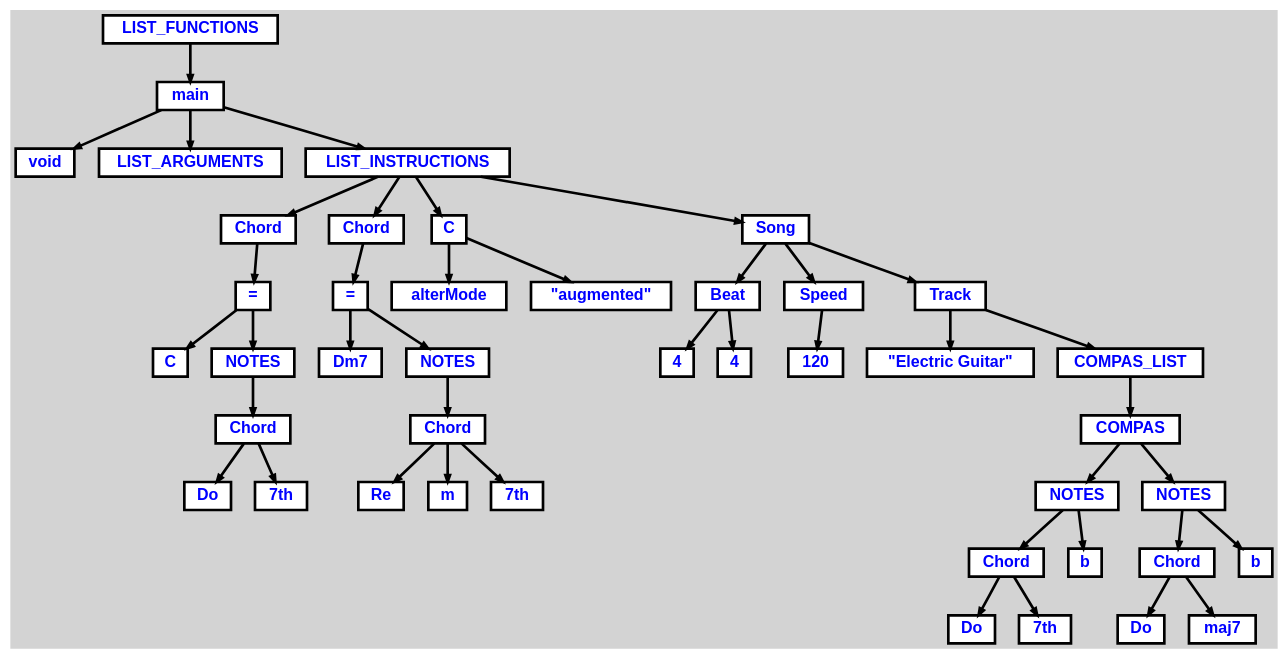
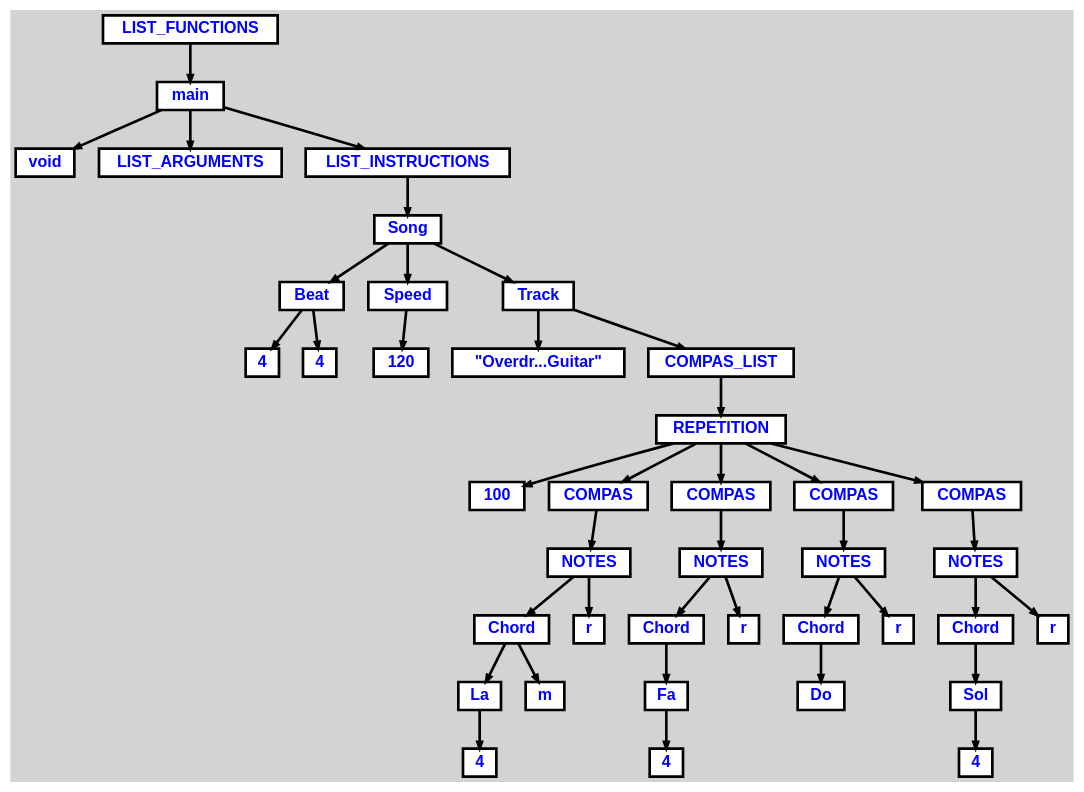
One commit to mariofv/A-Music-Language changed the diagram in tree.dot. Above: the diagram before and after it, drawn with Graphviz. The commit also changed 6 other files, not shown here.

```diff
--- a/tree.dot
+++ b/tree.dot
@@ -1,117 +1,113 @@
 digraph {
 
 	ordering=out;
 	ranksep=.4;
 	bgcolor="lightgrey"; node [shape=box, fixedsize=false, fontsize=12, fontname="Helvetica-bold", fontcolor="blue"
 		width=.25, height=.25, color="black", fillcolor="white", style="filled, solid, bold"];
 	edge [arrowsize=.5, color="black", style="bold"]
 
   n0 [label="LIST_FUNCTIONS"];
   n1 [label="main"];
   n1 [label="main"];
   n2 [label="void"];
   n3 [label="LIST_ARGUMENTS"];
   n4 [label="LIST_INSTRUCTIONS"];
   n4 [label="LIST_INSTRUCTIONS"];
-  n5 [label="Chord"];
-  n5 [label="Chord"];
-  n6 [label="="];
-  n6 [label="="];
-  n7 [label="C"];
-  n8 [label="NOTES"];
-  n8 [label="NOTES"];
-  n9 [label="Chord"];
-  n9 [label="Chord"];
-  n10 [label="Do"];
-  n11 [label="7th"];
-  n12 [label="Chord"];
-  n12 [label="Chord"];
-  n13 [label="="];
-  n13 [label="="];
-  n14 [label="Dm7"];
-  n15 [label="NOTES"];
-  n15 [label="NOTES"];
-  n16 [label="Chord"];
-  n16 [label="Chord"];
-  n17 [label="Re"];
-  n18 [label="m"];
-  n19 [label="7th"];
-  n20 [label="C"];
-  n20 [label="C"];
-  n21 [label="alterMode"];
-  n22 [label="\"augmented\""];
-  n23 [label="Song"];
-  n23 [label="Song"];
-  n24 [label="Beat"];
-  n24 [label="Beat"];
-  n25 [label="4"];
-  n26 [label="4"];
-  n27 [label="Speed"];
-  n27 [label="Speed"];
-  n28 [label="120"];
-  n29 [label="Track"];
-  n29 [label="Track"];
-  n30 [label="\"Electric Guitar\""];
-  n31 [label="COMPAS_LIST"];
-  n31 [label="COMPAS_LIST"];
-  n32 [label="COMPAS"];
-  n32 [label="COMPAS"];
-  n33 [label="NOTES"];
-  n33 [label="NOTES"];
-  n34 [label="Chord"];
-  n34 [label="Chord"];
-  n35 [label="Do"];
-  n36 [label="7th"];
-  n37 [label="b"];
-  n38 [label="NOTES"];
-  n38 [label="NOTES"];
-  n39 [label="Chord"];
-  n39 [label="Chord"];
-  n40 [label="Do"];
-  n41 [label="maj7"];
-  n42 [label="b"];
+  n5 [label="Song"];
+  n5 [label="Song"];
+  n6 [label="Beat"];
+  n6 [label="Beat"];
+  n7 [label="4"];
+  n8 [label="4"];
+  n9 [label="Speed"];
+  n9 [label="Speed"];
+  n10 [label="120"];
+  n11 [label="Track"];
+  n11 [label="Track"];
+  n12 [label="\"Overdr...Guitar\""];
+  n13 [label="COMPAS_LIST"];
+  n13 [label="COMPAS_LIST"];
+  n14 [label="REPETITION"];
+  n14 [label="REPETITION"];
+  n15 [label="100"];
+  n16 [label="COMPAS"];
+  n16 [label="COMPAS"];
+  n17 [label="NOTES"];
+  n17 [label="NOTES"];
+  n18 [label="Chord"];
+  n18 [label="Chord"];
+  n19 [label="La"];
+  n19 [label="La"];
+  n20 [label="4"];
+  n21 [label="m"];
+  n22 [label="r"];
+  n23 [label="COMPAS"];
+  n23 [label="COMPAS"];
+  n24 [label="NOTES"];
+  n24 [label="NOTES"];
+  n25 [label="Chord"];
+  n25 [label="Chord"];
+  n26 [label="Fa"];
+  n26 [label="Fa"];
+  n27 [label="4"];
+  n28 [label="r"];
+  n29 [label="COMPAS"];
+  n29 [label="COMPAS"];
+  n30 [label="NOTES"];
+  n30 [label="NOTES"];
+  n31 [label="Chord"];
+  n31 [label="Chord"];
+  n32 [label="Do"];
+  n33 [label="r"];
+  n34 [label="COMPAS"];
+  n34 [label="COMPAS"];
+  n35 [label="NOTES"];
+  n35 [label="NOTES"];
+  n36 [label="Chord"];
+  n36 [label="Chord"];
+  n37 [label="Sol"];
+  n37 [label="Sol"];
+  n38 [label="4"];
+  n39 [label="r"];
 
   n0 -> n1 // "LIST_FUNCTIONS" -> "main"
   n1 -> n2 // "main" -> "void"
   n1 -> n3 // "main" -> "LIST_ARGUMENTS"
   n1 -> n4 // "main" -> "LIST_INSTRUCTIONS"
-  n4 -> n5 // "LIST_INSTRUCTIONS" -> "Chord"
-  n5 -> n6 // "Chord" -> "="
-  n6 -> n7 // "=" -> "C"
-  n6 -> n8 // "=" -> "NOTES"
-  n8 -> n9 // "NOTES" -> "Chord"
-  n9 -> n10 // "Chord" -> "Do"
-  n9 -> n11 // "Chord" -> "7th"
-  n4 -> n12 // "LIST_INSTRUCTIONS" -> "Chord"
-  n12 -> n13 // "Chord" -> "="
-  n13 -> n14 // "=" -> "Dm7"
-  n13 -> n15 // "=" -> "NOTES"
-  n15 -> n16 // "NOTES" -> "Chord"
-  n16 -> n17 // "Chord" -> "Re"
-  n16 -> n18 // "Chord" -> "m"
-  n16 -> n19 // "Chord" -> "7th"
-  n4 -> n20 // "LIST_INSTRUCTIONS" -> "C"
-  n20 -> n21 // "C" -> "alterMode"
-  n20 -> n22 // "C" -> "\"augmented\""
-  n4 -> n23 // "LIST_INSTRUCTIONS" -> "Song"
-  n23 -> n24 // "Song" -> "Beat"
-  n24 -> n25 // "Beat" -> "4"
-  n24 -> n26 // "Beat" -> "4"
-  n23 -> n27 // "Song" -> "Speed"
-  n27 -> n28 // "Speed" -> "120"
-  n23 -> n29 // "Song" -> "Track"
-  n29 -> n30 // "Track" -> "\"Electric Guitar\""
-  n29 -> n31 // "Track" -> "COMPAS_LIST"
-  n31 -> n32 // "COMPAS_LIST" -> "COMPAS"
-  n32 -> n33 // "COMPAS" -> "NOTES"
-  n33 -> n34 // "NOTES" -> "Chord"
-  n34 -> n35 // "Chord" -> "Do"
-  n34 -> n36 // "Chord" -> "7th"
-  n33 -> n37 // "NOTES" -> "b"
-  n32 -> n38 // "COMPAS" -> "NOTES"
-  n38 -> n39 // "NOTES" -> "Chord"
-  n39 -> n40 // "Chord" -> "Do"
-  n39 -> n41 // "Chord" -> "maj7"
-  n38 -> n42 // "NOTES" -> "b"
+  n4 -> n5 // "LIST_INSTRUCTIONS" -> "Song"
+  n5 -> n6 // "Song" -> "Beat"
+  n6 -> n7 // "Beat" -> "4"
+  n6 -> n8 // "Beat" -> "4"
+  n5 -> n9 // "Song" -> "Speed"
+  n9 -> n10 // "Speed" -> "120"
+  n5 -> n11 // "Song" -> "Track"
+  n11 -> n12 // "Track" -> "\"Overdr...Guitar\""
+  n11 -> n13 // "Track" -> "COMPAS_LIST"
+  n13 -> n14 // "COMPAS_LIST" -> "REPETITION"
+  n14 -> n15 // "REPETITION" -> "100"
+  n14 -> n16 // "REPETITION" -> "COMPAS"
+  n16 -> n17 // "COMPAS" -> "NOTES"
+  n17 -> n18 // "NOTES" -> "Chord"
+  n18 -> n19 // "Chord" -> "La"
+  n19 -> n20 // "La" -> "4"
+  n18 -> n21 // "Chord" -> "m"
+  n17 -> n22 // "NOTES" -> "r"
+  n14 -> n23 // "REPETITION" -> "COMPAS"
+  n23 -> n24 // "COMPAS" -> "NOTES"
+  n24 -> n25 // "NOTES" -> "Chord"
+  n25 -> n26 // "Chord" -> "Fa"
+  n26 -> n27 // "Fa" -> "4"
+  n24 -> n28 // "NOTES" -> "r"
+  n14 -> n29 // "REPETITION" -> "COMPAS"
+  n29 -> n30 // "COMPAS" -> "NOTES"
+  n30 -> n31 // "NOTES" -> "Chord"
+  n31 -> n32 // "Chord" -> "Do"
+  n30 -> n33 // "NOTES" -> "r"
+  n14 -> n34 // "REPETITION" -> "COMPAS"
+  n34 -> n35 // "COMPAS" -> "NOTES"
+  n35 -> n36 // "NOTES" -> "Chord"
+  n36 -> n37 // "Chord" -> "Sol"
+  n37 -> n38 // "Sol" -> "4"
+  n35 -> n39 // "NOTES" -> "r"
 
 }
```
